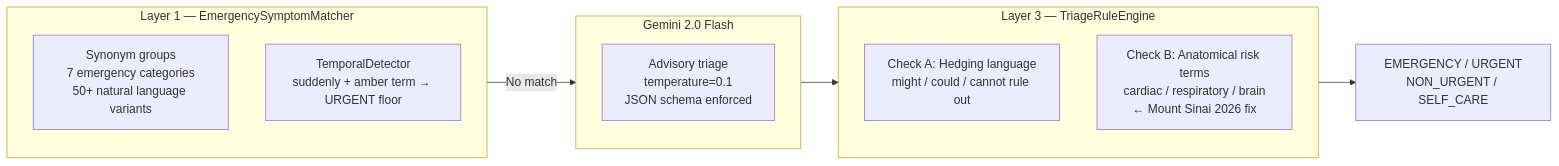
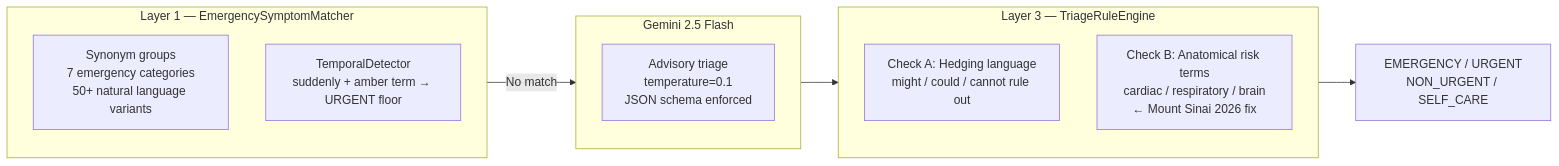
The second of 4 diagrams in README.md (lakshmanreddymv-bot/MedicalSymptomPreScreener), drawn with Mermaid before and after one commit. The commit also changed other lines of this file and 7 other files, not shown here.

First line of the commit message:
chore: upgrade Gemini model to gemini-2.5-flash

````diff
--- a/README.md
+++ b/README.md
@@ -125,23 +125,23 @@
 ```mermaid
 flowchart LR
     subgraph L1 ["Layer 1 — EmergencySymptomMatcher"]
         direction TB
         A1["Synonym groups\n7 emergency categories\n50+ natural language variants"]
         A2["TemporalDetector\nsuddenly + amber term → URGENT floor"]
     end
 
-    subgraph L2 ["Gemini 2.0 Flash"]
+    subgraph L2 ["Gemini 2.5 Flash"]
         direction TB
         B1["Advisory triage\ntemperature=0.1\nJSON schema enforced"]
     end
 
     subgraph L3 ["Layer 3 — TriageRuleEngine"]
         direction TB
         C1["Check A: Hedging language\nmight / could / cannot rule out"]
         C2["Check B: Anatomical risk terms\ncardiac / respiratory / brain\n← Mount Sinai 2026 fix"]
     end
 
     L1 -->|No match| L2
     L2 --> L3
     L3 --> OUT["EMERGENCY / URGENT\nNON_URGENT / SELF_CARE"]
 ```
````
